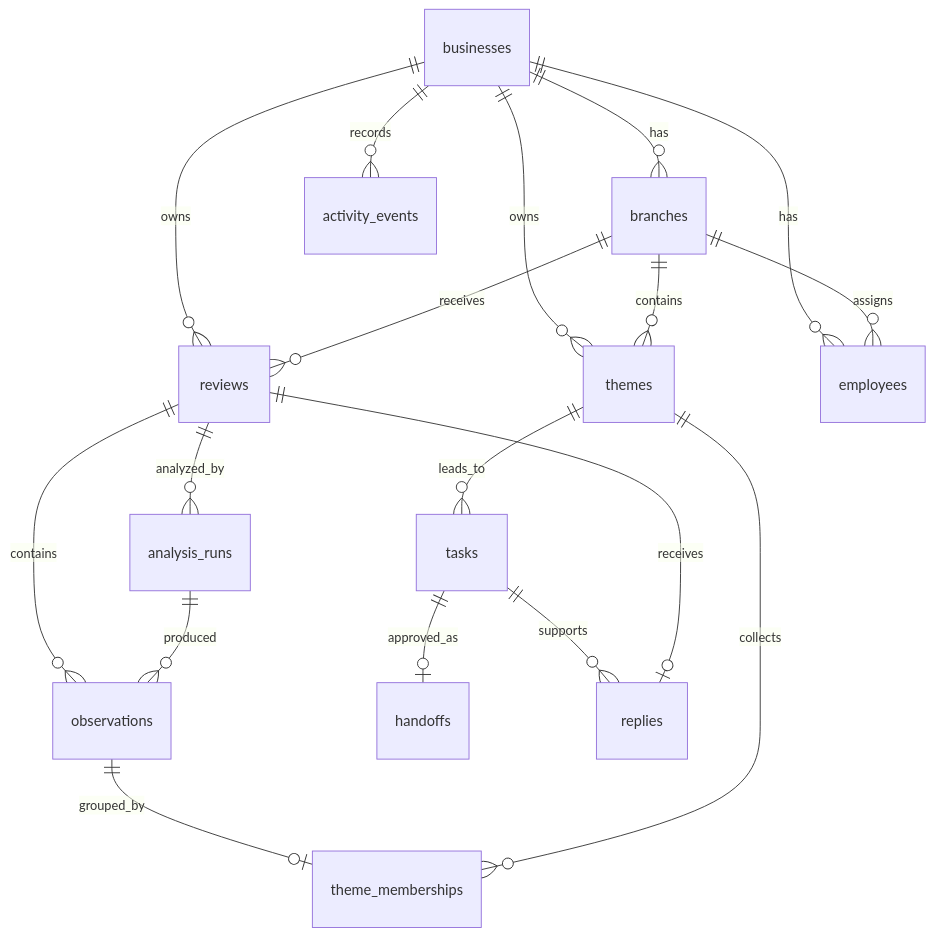
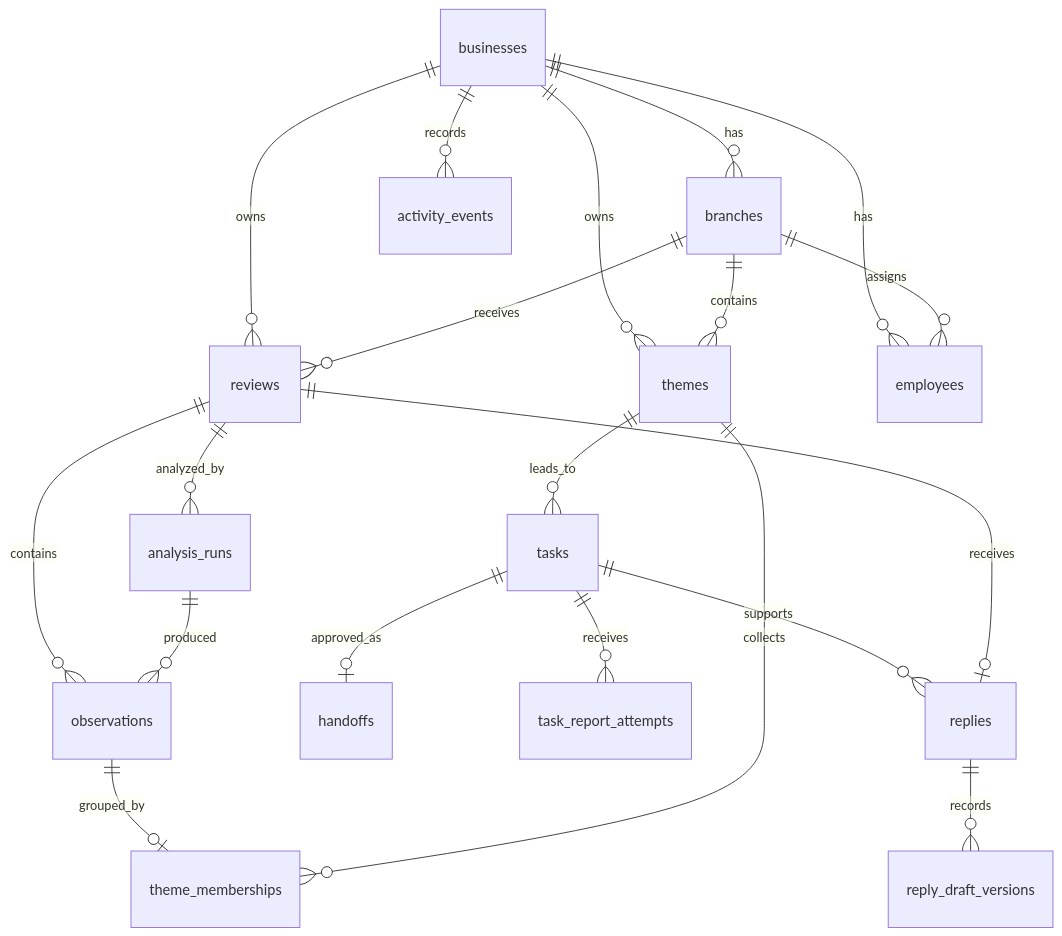
Before and after one commit to Mint3Ds/AiX-global: the seventh of 7 diagrams in docs/TECHNICAL_PIPELINE.md, drawn with Mermaid. The commit also changed other lines of this file and 13 other files, not shown here.

````diff
--- a/docs/TECHNICAL_PIPELINE.md
+++ b/docs/TECHNICAL_PIPELINE.md
@@ -313,20 +320,22 @@
 ```mermaid
 erDiagram
     businesses ||--o{ branches : has
     businesses ||--o{ reviews : owns
     businesses ||--o{ themes : owns
     businesses ||--o{ employees : has
     businesses ||--o{ activity_events : records
     branches ||--o{ reviews : receives
     branches ||--o{ themes : contains
     branches ||--o{ employees : assigns
     reviews ||--o{ analysis_runs : analyzed_by
     reviews ||--o{ observations : contains
     analysis_runs ||--o{ observations : produced
     observations ||--o| theme_memberships : grouped_by
     themes ||--o{ theme_memberships : collects
     themes ||--o{ tasks : leads_to
     tasks ||--o| handoffs : approved_as
+    tasks ||--o{ task_report_attempts : receives
     tasks ||--o{ replies : supports
     reviews ||--o| replies : receives
+    replies ||--o{ reply_draft_versions : records
 ```
````
